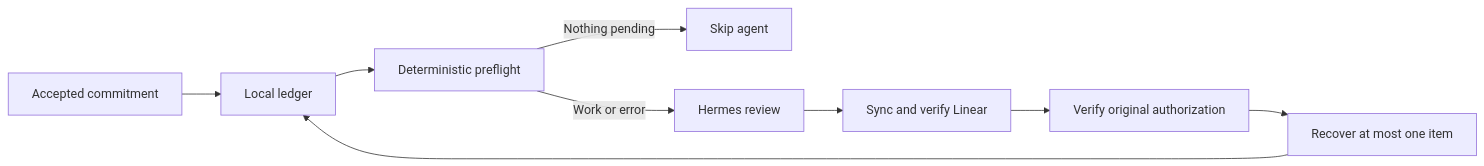
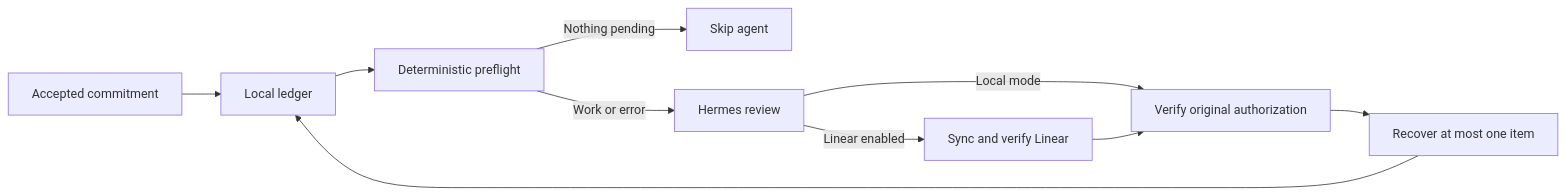
One commit to nachopenclaw-svg/hermes-taskwatch changed the diagram in README.md. Above: the diagram before and after it, drawn with Mermaid. The commit also changed other lines of this file and 14 other files, not shown here.

Commit message:
Make local recovery the default with optional Linear sync

````diff
--- a/README.md
+++ b/README.md
@@ -71,11 +76,12 @@
 ```mermaid
 flowchart LR
     A[Accepted commitment] --> B[Local ledger]
     B --> C[Deterministic preflight]
     C -->|Nothing pending| D[Skip agent]
     C -->|Work or error| E[Hermes review]
-    E --> F[Sync and verify Linear]
+    E -->|Local mode| G[Verify original authorization]
+    E -->|Linear enabled| F[Sync and verify Linear]
     F --> G[Verify original authorization]
     G --> H[Recover at most one item]
     H --> B
 ```
````
